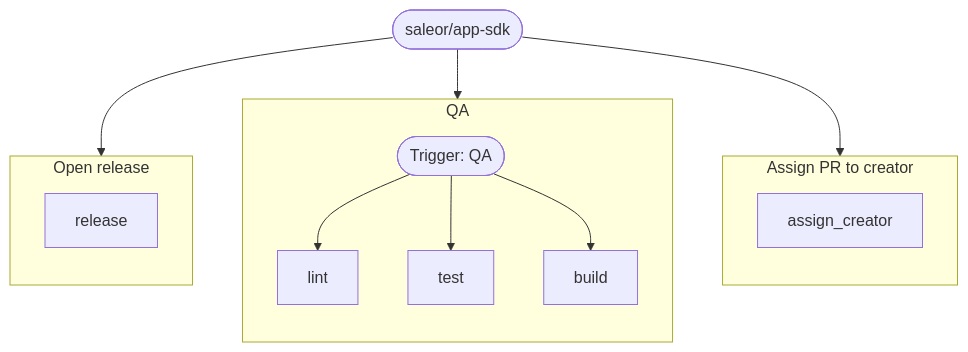
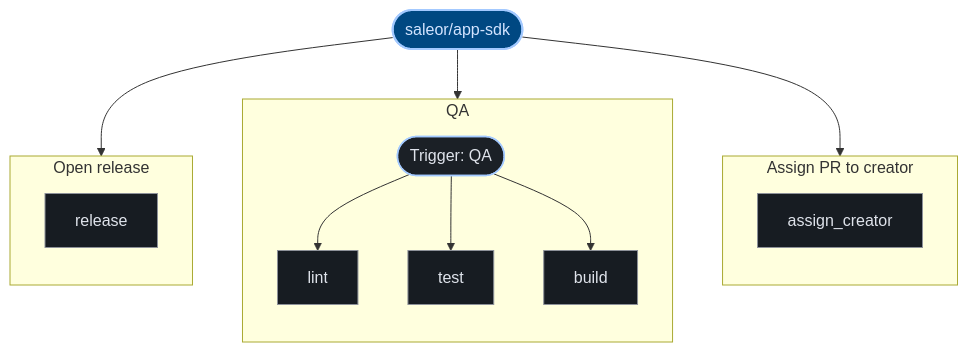
One commit to kumarshaz/atruss-code-atlas changed the third of 3 diagrams in exports/latest/reports/saleor-app-sdk-report.md. Above: the diagram before and after it, drawn with Mermaid. The commit also changed other lines of this file and 331 other files, not shown here.

Commit message:
docs,ui,fix: update SDLC docs, reorder CI/CD DAG first, stylize Mermaid, and fix Arc42 pipeline topology

````diff
--- a/exports/latest/reports/saleor-app-sdk-report.md
+++ b/exports/latest/reports/saleor-app-sdk-report.md
@@ -162,25 +173,32 @@
 ```mermaid
 graph TD;
-  pipeline_root(["saleor/app-sdk"])
+  classDef atlasRoot fill:#004882,stroke:#a3c9ff,stroke-width:2px,color:#d3e4ff
+  classDef atlasCategory fill:#212428,stroke:#E87A48,stroke-width:1.5px,color:#dfe3eb
+  classDef atlasWorkflow fill:#1b2026,stroke:#a3c9ff,stroke-width:1.5px,color:#dfe3eb
+  classDef atlasJob fill:#171c22,stroke:#8d9199,stroke-width:1px,color:#dfe3eb
+  classDef atlasTarget fill:#005227,stroke:#8bd99b,stroke-width:1.5px,color:#a7f6b6
+  classDef atlasAlert fill:#93000a,stroke:#ffb4ab,stroke-width:1.5px,color:#ffdad6
+  classDef atlasMore fill:#252a31,stroke:#8d9199,stroke-dasharray:4 4,color:#c3c6cf
+  pipeline_root(["saleor/app-sdk"]):::atlasRoot
   subgraph Assign_PR_to_creator_0["Assign PR to creator"]
     direction TB
-    0_assign_creator["assign_creator"]
+    0_assign_creator["assign_creator"]:::atlasJob
   end
   pipeline_root --> 0_assign_creator
   subgraph QA_1["QA"]
     direction TB
-    1_lint["lint"]
-    1_test["test"]
-    1_build["build"]
-    wf_entry_1(["Trigger: QA"])
+    1_lint["lint"]:::atlasJob
+    1_test["test"]:::atlasJob
+    1_build["build"]:::atlasJob
+    wf_entry_1(["Trigger: QA"]):::atlasWorkflow
     wf_entry_1 --> 1_lint
     wf_entry_1 --> 1_test
     wf_entry_1 --> 1_build
   end
   pipeline_root --> wf_entry_1
   subgraph Open_release_2["Open release"]
     direction TB
-    2_release["release"]
+    2_release["release"]:::atlasJob
   end
   pipeline_root --> 2_release
 ```
````
